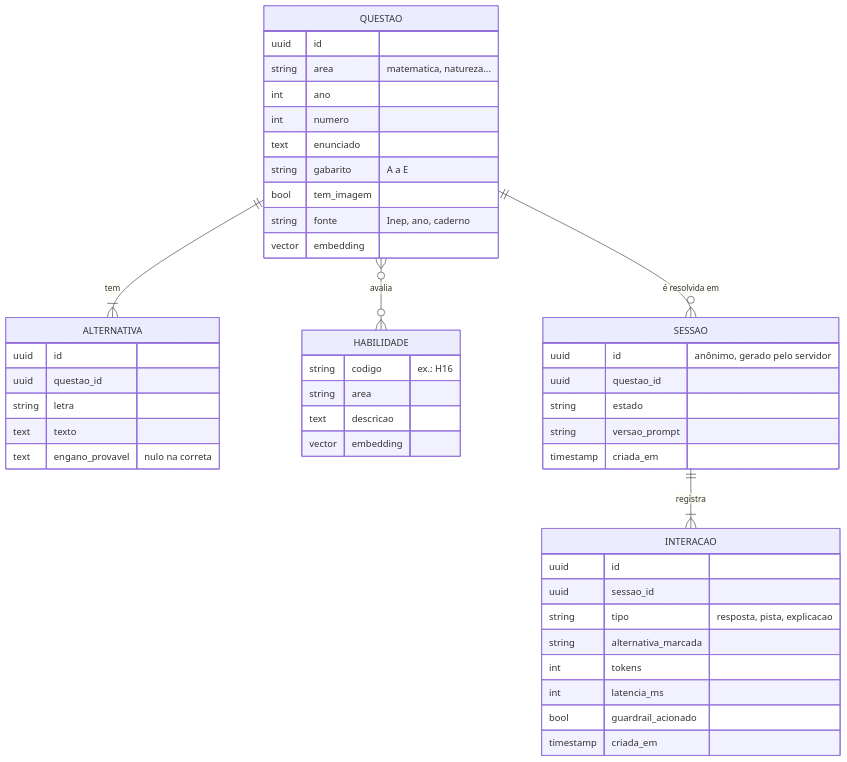
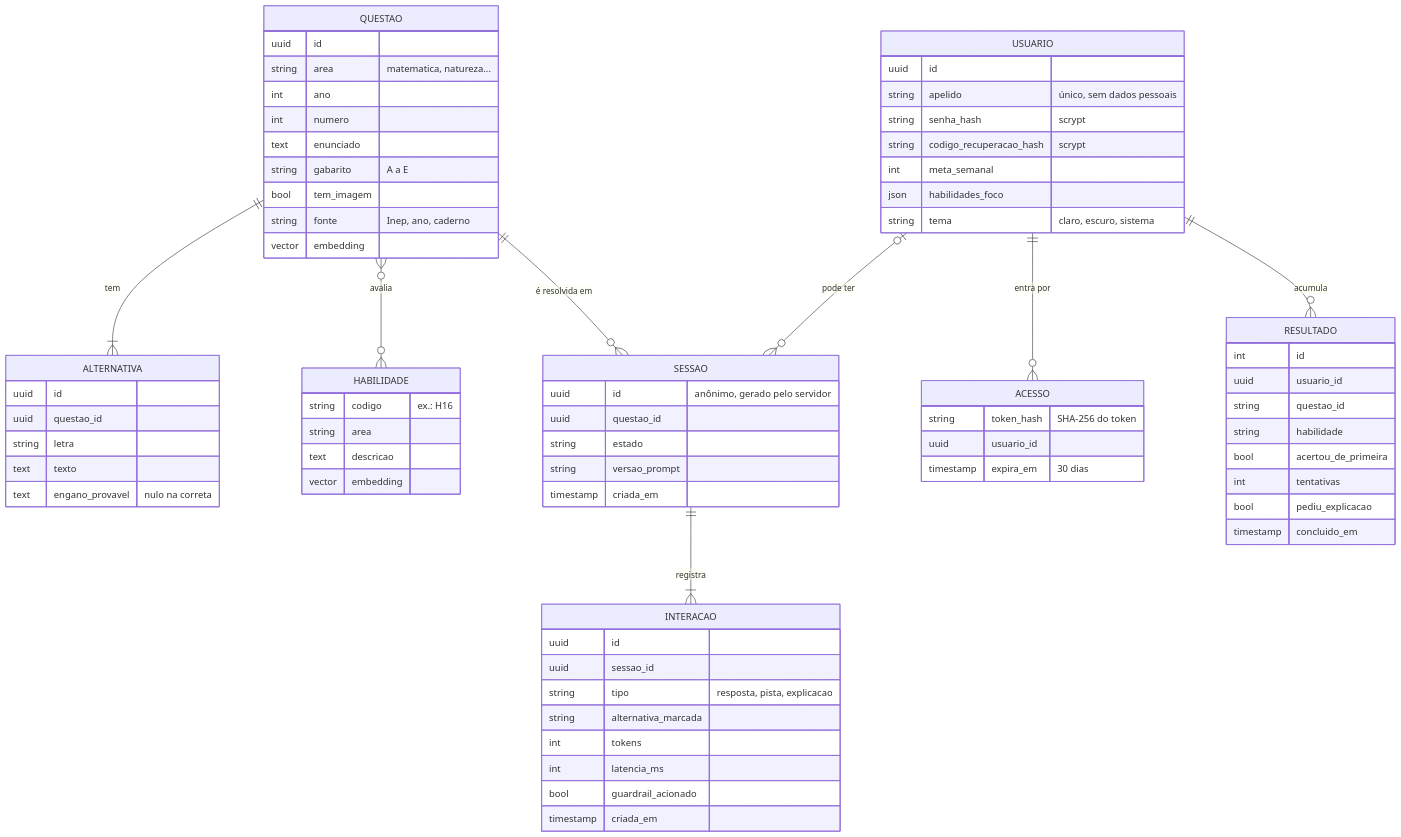
Before and after one commit to sabrinasiilva/pista-enem: the third of 3 diagrams in docs/ARQUITETURA.md, drawn with Mermaid. The commit also changed other lines of this file and 32 other files, not shown here.

````diff
--- a/docs/ARQUITETURA.md
+++ b/docs/ARQUITETURA.md
@@ -56,49 +56,76 @@
 ```mermaid
 erDiagram
     QUESTAO ||--|{ ALTERNATIVA : tem
     QUESTAO }o--o{ HABILIDADE : avalia
     QUESTAO ||--o{ SESSAO : "é resolvida em"
     SESSAO ||--|{ INTERACAO : registra
+    USUARIO ||--o{ ACESSO : "entra por"
+    USUARIO ||--o{ RESULTADO : acumula
+    USUARIO |o--o{ SESSAO : "pode ter"
 
     QUESTAO {
         uuid id
         string area "matematica, natureza..."
         int ano
         int numero
         text enunciado
         string gabarito "A a E"
         bool tem_imagem
         string fonte "Inep, ano, caderno"
         vector embedding
     }
     ALTERNATIVA {
         uuid id
         uuid questao_id
         string letra
         text texto
         text engano_provavel "nulo na correta"
     }
     HABILIDADE {
         string codigo "ex.: H16"
         string area
         text descricao
         vector embedding
     }
+    USUARIO {
+        uuid id
+        string apelido "único, sem dados pessoais"
+        string senha_hash "scrypt"
+        string codigo_recuperacao_hash "scrypt"
+        int meta_semanal
+        json habilidades_foco
+        string tema "claro, escuro, sistema"
+    }
+    ACESSO {
+        string token_hash "SHA-256 do token"
+        uuid usuario_id
+        timestamp expira_em "30 dias"
+    }
+    RESULTADO {
+        int id
+        uuid usuario_id
+        string questao_id
+        string habilidade
+        bool acertou_de_primeira
+        int tentativas
+        bool pediu_explicacao
+        timestamp concluido_em
+    }
     SESSAO {
         uuid id "anônimo, gerado pelo servidor"
         uuid questao_id
         string estado
         string versao_prompt
         timestamp criada_em
     }
     INTERACAO {
         uuid id
         uuid sessao_id
         string tipo "resposta, pista, explicacao"
         string alternativa_marcada
         int tokens
         int latencia_ms
         bool guardrail_acionado
         timestamp criada_em
     }
 ```
````
